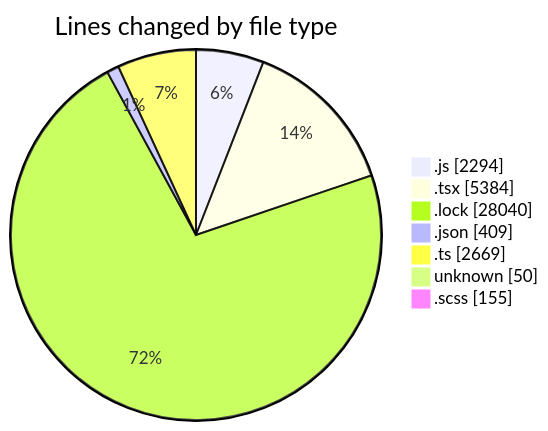
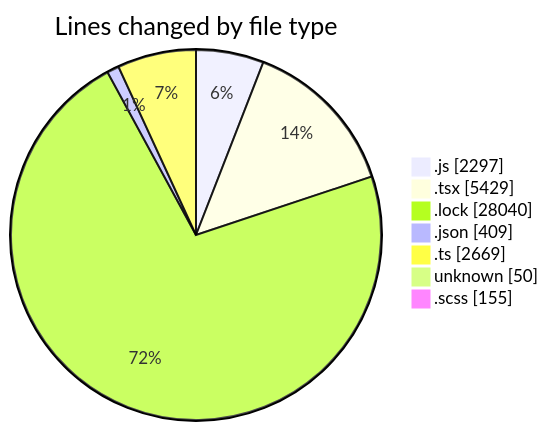
Before and after one commit to momahboobian/code-tracking: the first of 2 diagrams in 2026-06-16/cda/README.md, drawn with Mermaid. The commit also changed other lines of this file and 1 other file, not shown here.

````diff
--- a/2026-06-16/cda/README.md
+++ b/2026-06-16/cda/README.md
@@ -72,11 +72,11 @@
 ```mermaid
 pie showData
 title Lines changed by file type
-".js" : 2294
-".tsx" : 5384
+".js" : 2297
+".tsx" : 5429
 ".lock" : 28040
 ".json" : 409
 ".ts" : 2669
 "unknown" : 50
 ".scss" : 155
 ```
````
